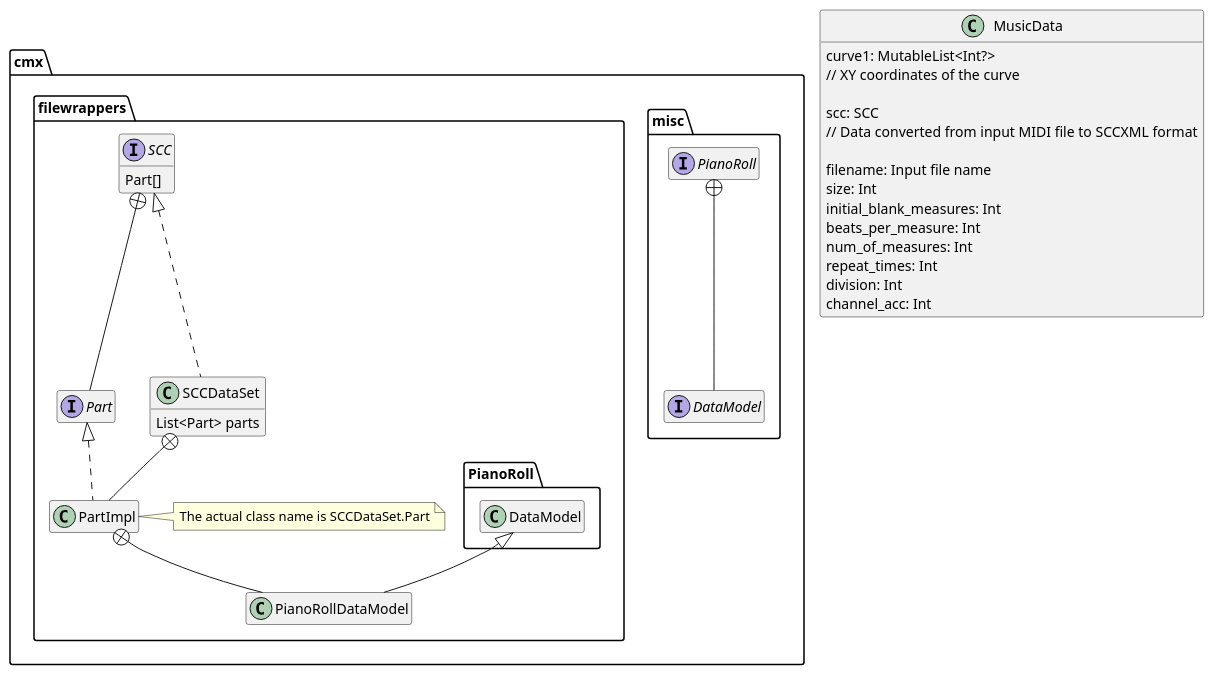
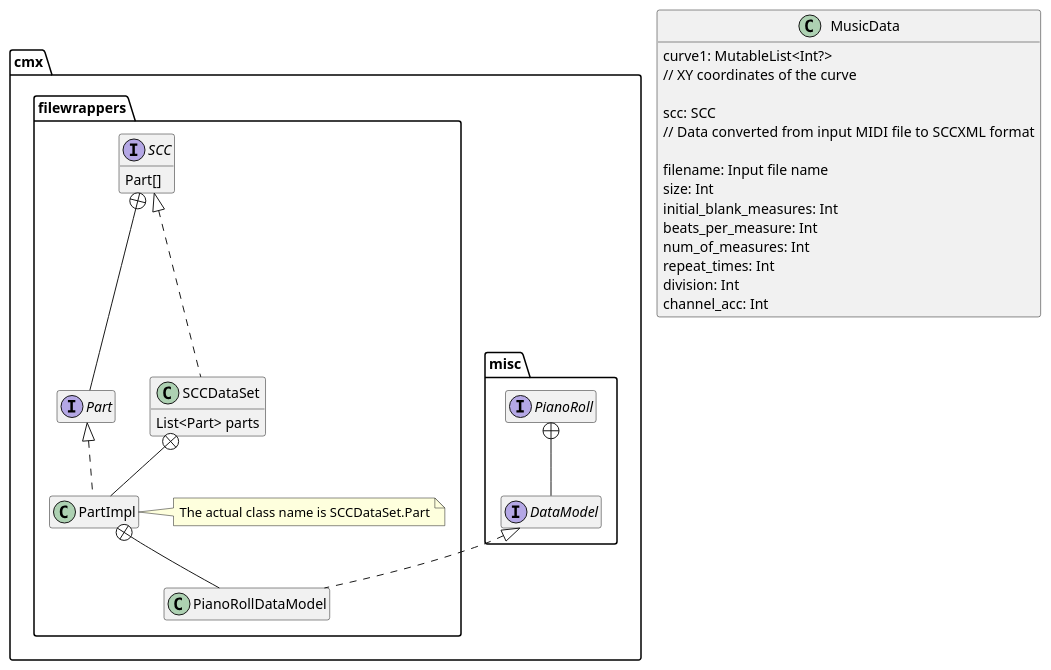
The diagram in diagrams/test3.puml (fujiij/plantuml), drawn with PlantUML before and after one commit.

```diff
--- a/diagrams/test3.puml
+++ b/diagrams/test3.puml
@@ -1,49 +1,49 @@
 @startuml
 'https://plantuml.com/class-diagram
 hide empty members
 
 class MusicData {
     curve1: MutableList<Int?>
     // XY coordinates of the curve
 
     scc: SCC
     // Data converted from input MIDI file to SCCXML format
 
     filename: Input file name
     size: Int
     initial_blank_measures: Int
     beats_per_measure: Int
     num_of_measures: Int
     repeat_times: Int
     division: Int
     channel_acc: Int
 }
 
 package "cmx" {
     package "misc" {
         interface PianoRoll {
         }
         interface DataModel
         PianoRoll +-- DataModel
     }
     package "filewrappers" {
         interface SCC {
             Part[]
         }
         interface Part
         SCC +-- Part
         class SCCDataSet implements SCC {
             List<Part> parts
         }
         class PartImpl implements Part
         SCCDataSet +-- PartImpl
         note right of PartImpl
             The actual class name is SCCDataSet.Part
         end note
 
-        PianoRoll.DataModel <|-- PianoRollDataModel
+        DataModel <|.. PianoRollDataModel
         PartImpl +-- PianoRollDataModel
     }
 }
 
 @enduml
```
